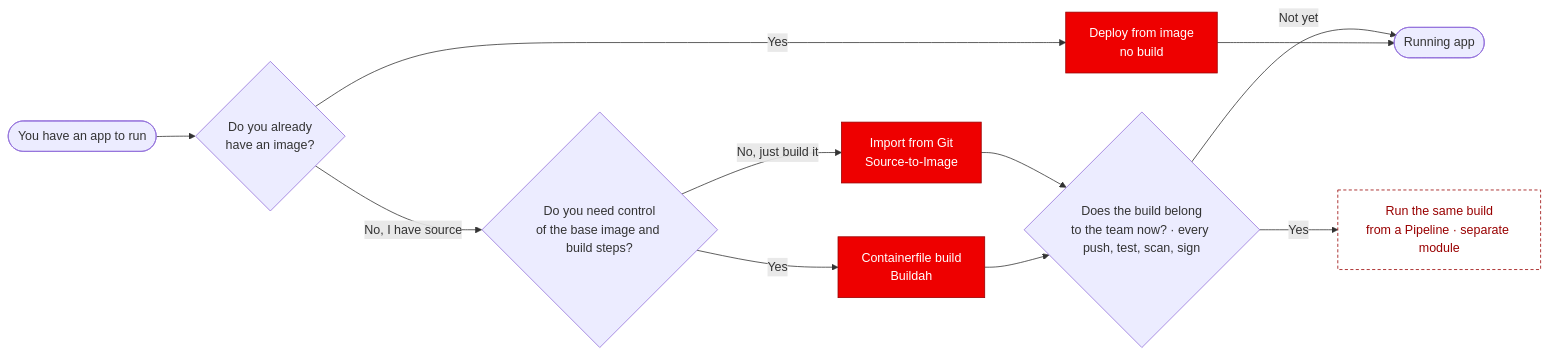
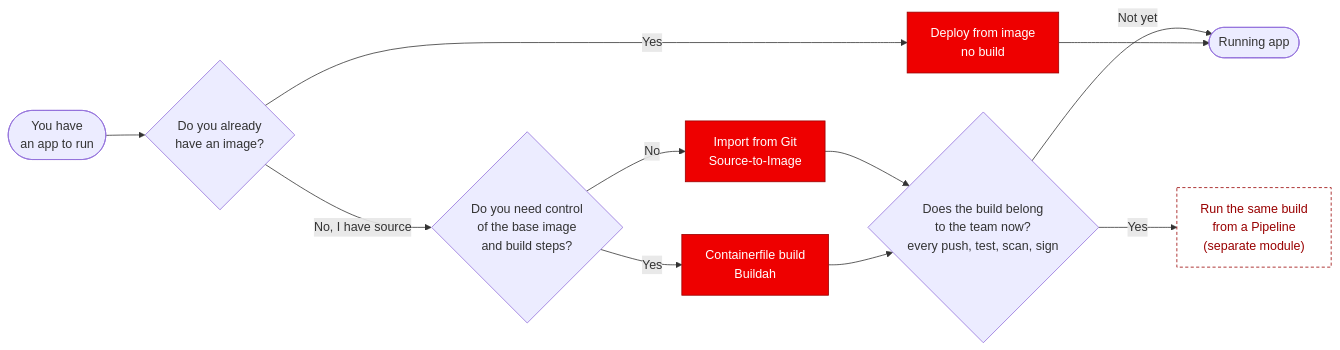
One commit to serhat-dirik/OCP-Getting-Started-Revamped changed the diagram in content/modules/ROOT/examples/diagrams/build-deliver/01-build-spectrum.mmd. Above: the diagram before and after it, drawn with Mermaid. The commit also changed 23 other files, not shown here.

```diff
--- a/content/modules/ROOT/examples/diagrams/build-deliver/01-build-spectrum.mmd
+++ b/content/modules/ROOT/examples/diagrams/build-deliver/01-build-spectrum.mmd
@@ -1,23 +1,32 @@
 %% Build spectrum — Ways to Build & Deliver Apps.
 %% Decision flow: already have an image? -> no image, have source -> S2I or a Containerfile,
 %% depending on whether you need control of the base image and build steps -> once the build
 %% belongs to the team (every push: test, scan, sign), it moves into a pipeline. Node order and
 %% wording follow concept.adoc's "Two build strategies — and where pipelines fit" verbatim.
 %% Resized 2026-08-22: graph TD (524x1259, text at 1.72x) -> flowchart LR. A spectrum reads
 %% left-to-right, so flipping direction is the fix; also merged two 3-line labels (Q2, Q3) down
 %% to 2 lines each by removing a line break, not a word.
+%% Corrected 2026-08-23: that last step overshot — measured 900x241 at 0.43x text, i.e. ~2100px
+%% intrinsic, unreadably small once the 900px cap scales it down. In an LR diagram each rank is as
+%% wide as its widest LABEL LINE, and this one's aspect was 0.27, so height was free and width was
+%% not: Q2, Q3 and PIPE went BACK to three lines and START to two. No NODE label lost a word, and
+%% the six ranks are unchanged — concept.adoc's decision order is the lesson. One edge label did
+%% change: `No, just build it` on Q2->S2I became `No`, because an edge label sets rank SEPARATION
+%% in LR and the question it answers is right above it.
+%% Still around 1400px afterwards rather than inside the 750-1100 band. Closing that last gap means
+%% dropping a rank, and every one of the six is a step concept.adoc walks in order.
 flowchart LR
-  START([You have an app to run]) --> Q1{Do you already<br/>have an image?}
+  START([You have<br/>an app to run]) --> Q1{Do you already<br/>have an image?}
   Q1 -->|Yes| DEPLOY[Deploy from image<br/>no build]
-  Q1 -->|No, I have source| Q2{Do you need control<br/>of the base image and build steps?}
-  Q2 -->|No, just build it| S2I[Import from Git<br/>Source-to-Image]
+  Q1 -->|No, I have source| Q2{Do you need control<br/>of the base image<br/>and build steps?}
+  Q2 -->|No| S2I[Import from Git<br/>Source-to-Image]
   Q2 -->|Yes| DOCKER[Containerfile build<br/>Buildah]
-  S2I --> Q3{Does the build belong<br/>to the team now? · every push, test, scan, sign}
+  S2I --> Q3{Does the build belong<br/>to the team now?<br/>every push, test, scan, sign}
   DOCKER --> Q3
-  Q3 -->|Yes| PIPE[Run the same build<br/>from a Pipeline · separate module]
+  Q3 -->|Yes| PIPE["Run the same build<br/>from a Pipeline<br/>(separate module)"]
   Q3 -->|Not yet| DONE([Running app])
   DEPLOY --> DONE
   classDef pick fill:#e00,stroke:#900,color:#fff;
   class DEPLOY,S2I,DOCKER pick;
   classDef later fill:#fff,stroke:#900,color:#900,stroke-dasharray: 4 3;
   class PIPE later;
```
